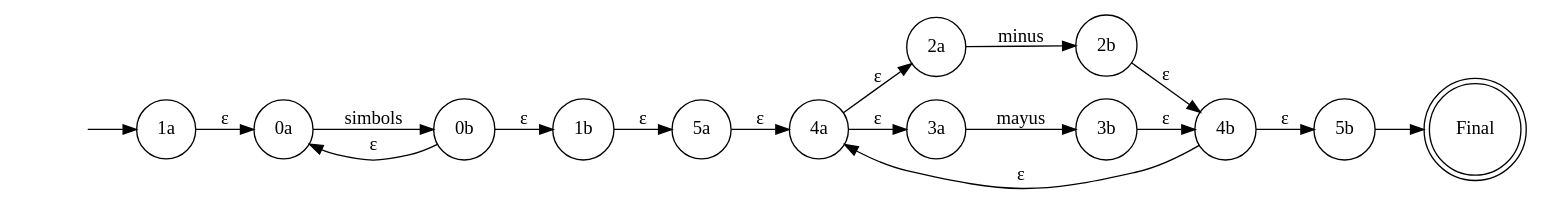
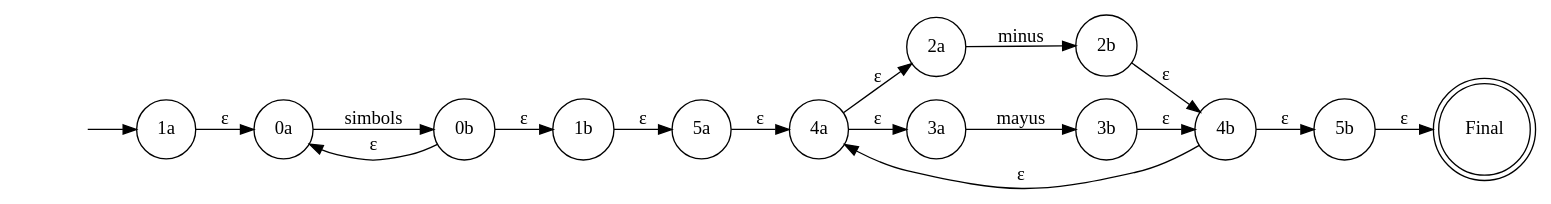
One commit to DiegoxBaggins/JAVA-Basic-Compilator changed the diagram in AFND_201903969/erAzar.dot. Above: the diagram before and after it, drawn with Graphviz. The commit also changed 27 other files, not shown here.

```diff
--- a/AFND_201903969/erAzar.dot
+++ b/AFND_201903969/erAzar.dot
@@ -1,35 +1,35 @@
 digraph G{
 rankdir=LR
 concentrate=true
 nodoInicial [shape=none label=""]
 nodoInicial->nodo1a [label=""]
 nodo0a [shape=circle label="0a"]
 nodo0b [shape=circle label="0b"]
 nodo0a -> nodo0b[label="simbols"]
 nodo1a [shape=circle label="1a"]
 nodo1b [shape=circle label="1b"]
 nodo1a -> nodo0a[label="ε"]
 nodo0b->nodo1b[label="ε"]
 nodo0b->nodo0a[label="ε"]
 nodo2a [shape=circle label="2a"]
 nodo2b [shape=circle label="2b"]
 nodo2a -> nodo2b[label="minus"]
 nodo3a [shape=circle label="3a"]
 nodo3b [shape=circle label="3b"]
 nodo3a -> nodo3b[label="mayus"]
 nodo4a [shape=circle label="4a"]
 nodo4b [shape=circle label="4b"]
 nodo4a -> nodo2a[label="ε"]
 nodo4a -> nodo3a[label="ε"]
 nodo2b->nodo4b[label="ε"]
 nodo3b->nodo4b[label="ε"]
 nodo5a [shape=circle label="5a"]
 nodo5b [shape=circle label="5b"]
 nodo5a -> nodo4a[label="ε"]
 nodo4b->nodo5b[label="ε"]
 nodo4b->nodo4a[label="ε"]
 nodo1b -> nodo5a[label="ε"]
 nodoFinal [shape=doublecircle label="Final"]
-nodo5b->nodoFinal [label=""]
+nodo5b->nodoFinal [label="ε"]
 
 }
```
